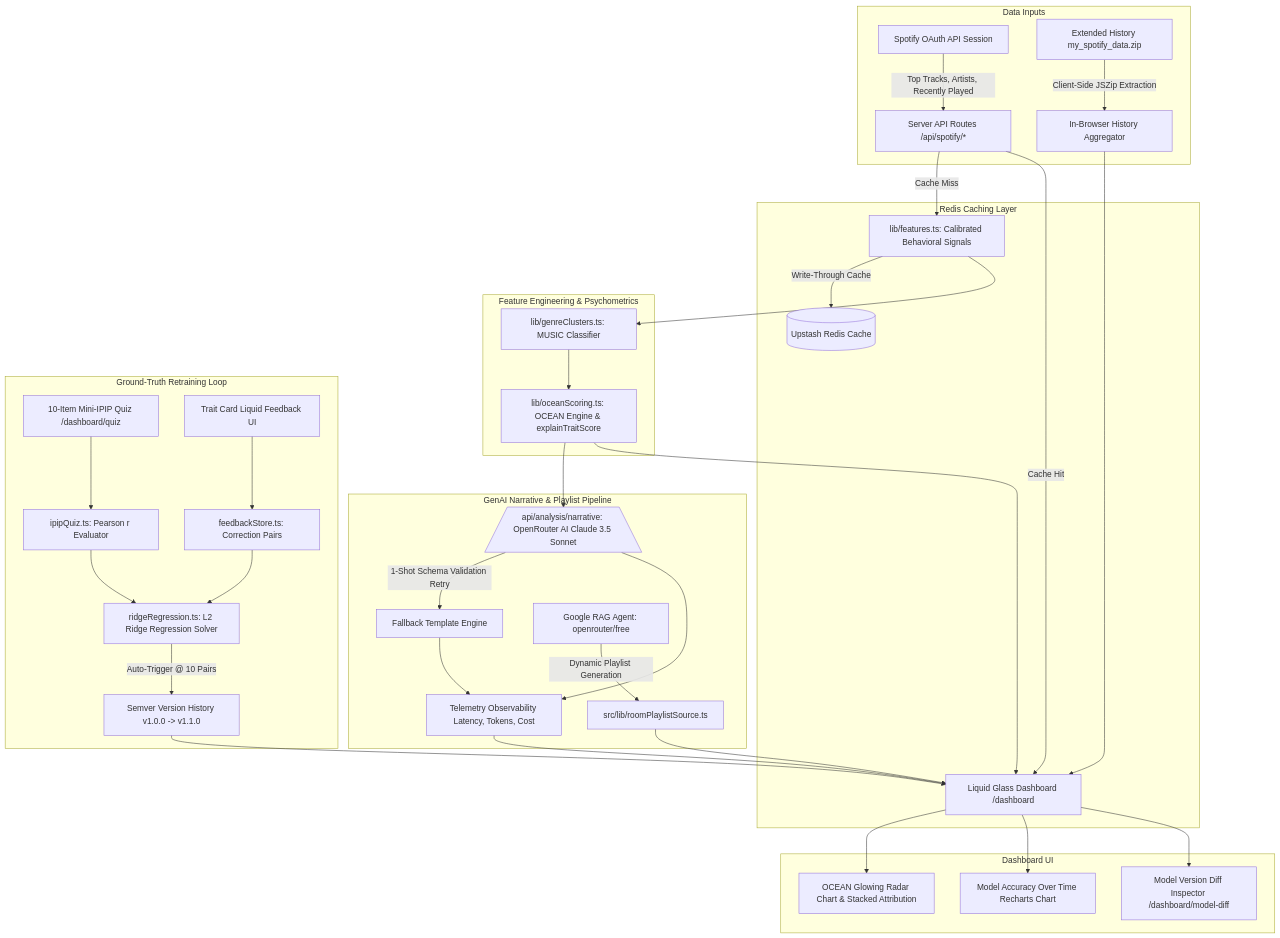
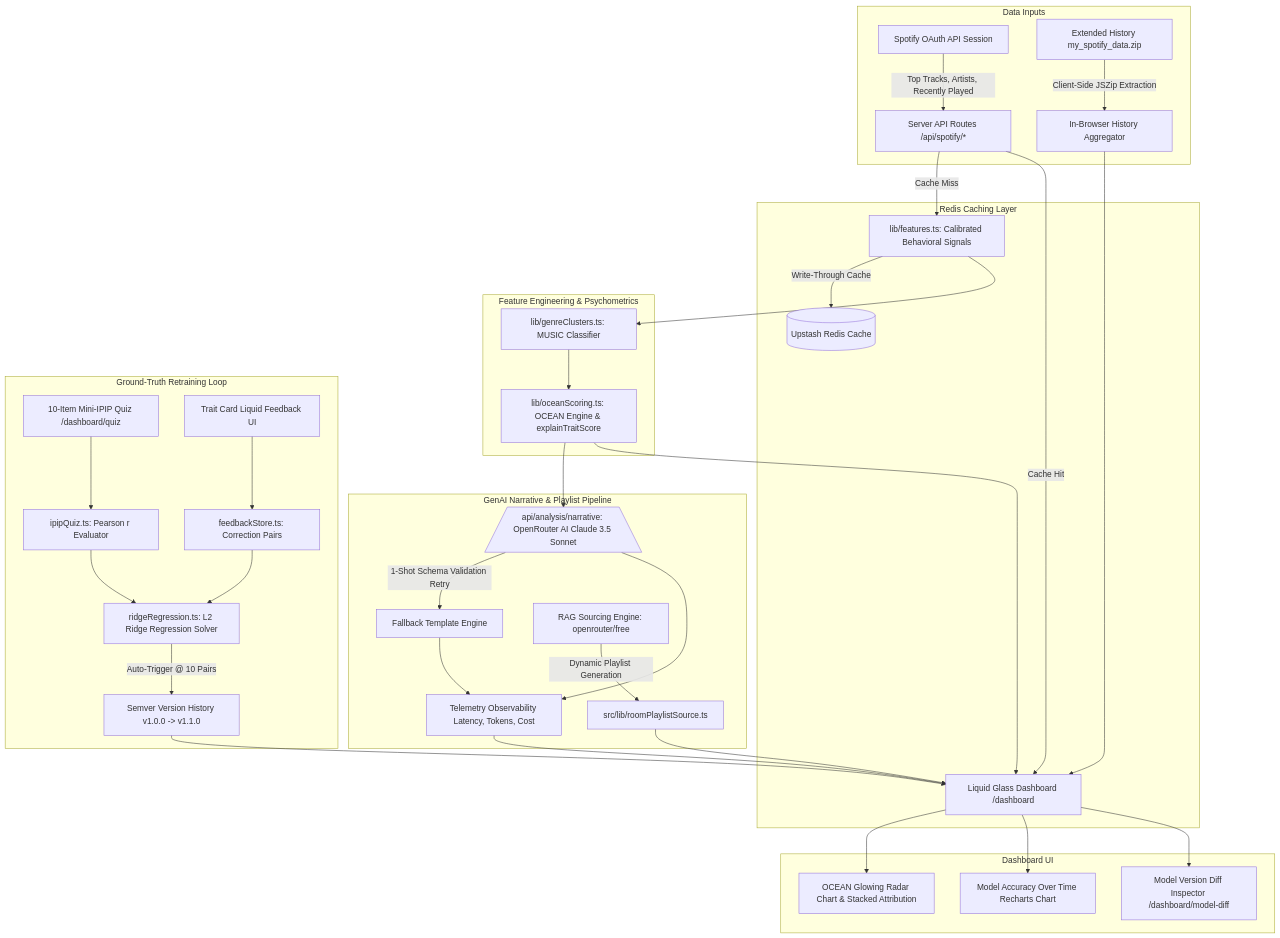
Before and after one commit to GunaTeja777/SpotiGlory: the diagram in README.md, drawn with Mermaid. The commit also changed other lines of this file and 7 other files, not shown here.

Commit message:
feat: implement context-guided RAG playlist sourcing engine and update analytics narrative for circadian rhythm prediction

````diff
--- a/README.md
+++ b/README.md
@@ -111,39 +111,39 @@
 ```mermaid
 flowchart TD
     subgraph Data Inputs
         A[Spotify OAuth API Session] -->|Top Tracks, Artists, Recently Played| B[Server API Routes /api/spotify/*]
         C[Extended History my_spotify_data.zip] -->|Client-Side JSZip Extraction| D[In-Browser History Aggregator]
     end
 
     subgraph Redis Caching Layer
         B -->|Cache Miss| E[lib/features.ts: Calibrated Behavioral Signals]
         B -->|Cache Hit| Q
         E -->|Write-Through Cache| R[(Upstash Redis Cache)]
     end
 
     subgraph Feature Engineering & Psychometrics
         E --> F[lib/genreClusters.ts: MUSIC Classifier]
         F --> G[lib/oceanScoring.ts: OCEAN Engine & explainTraitScore]
     end
 
     subgraph GenAI Narrative & Playlist Pipeline
         G --> H[/api/analysis/narrative: OpenRouter AI Claude 3.5 Sonnet\]
         H -->|1-Shot Schema Validation Retry| I[Fallback Template Engine]
         H & I --> J[Telemetry Observability Latency, Tokens, Cost]
-        K[Google RAG Agent: openrouter/free] -->|Dynamic Playlist Generation| L[src/lib/roomPlaylistSource.ts]
+        K[RAG Sourcing Engine: openrouter/free] -->|Dynamic Playlist Generation| L[src/lib/roomPlaylistSource.ts]
     end
 
     subgraph Ground-Truth Retraining Loop
         M[10-Item Mini-IPIP Quiz /dashboard/quiz] --> N[ipipQuiz.ts: Pearson r Evaluator]
         O[Trait Card Liquid Feedback UI] --> P[feedbackStore.ts: Correction Pairs]
         N & P --> S[ridgeRegression.ts: L2 Ridge Regression Solver]
         S -->|Auto-Trigger @ 10 Pairs| T[Semver Version History v1.0.0 -> v1.1.0]
     end
 
     subgraph Dashboard UI
         G & J & T & D & L --> Q[Liquid Glass Dashboard /dashboard]
         Q --> U[OCEAN Glowing Radar Chart & Stacked Attribution]
         Q --> V[Model Accuracy Over Time Recharts Chart]
         Q --> W[Model Version Diff Inspector /dashboard/model-diff]
     end
 ```
````
